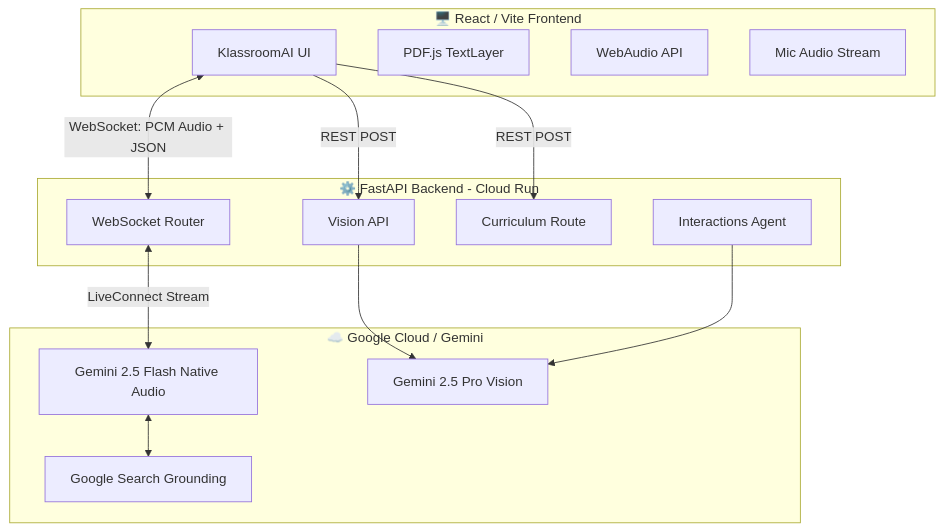
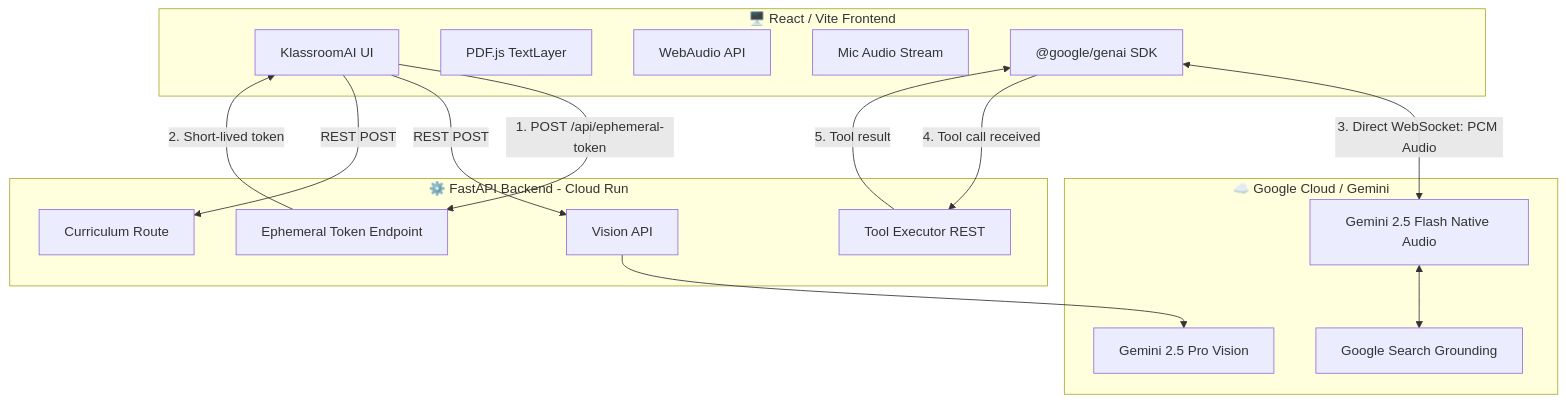
Before and after one commit to inareshmatta/klassroom-ai: the first of 2 diagrams in README.md, drawn with Mermaid. The commit also changed other lines of this file and 7 other files, not shown here.

Commit message:
feat: migrate Live API to client-to-server with ephemeral tokens

````diff
--- a/README.md
+++ b/README.md
@@ -103,30 +104,33 @@
 ```mermaid
 graph TD
     subgraph Client["🖥️ React / Vite Frontend"]
         UI["KlassroomAI UI"]
         PDF["PDF.js TextLayer"]
         WA["WebAudio API"]
         MIC["Mic Audio Stream"]
+        SDK["@google/genai SDK"]
     end
 
     subgraph Server["⚙️ FastAPI Backend - Cloud Run"]
-        WS["WebSocket Router"]
+        TOKEN["Ephemeral Token Endpoint"]
+        TOOLS["Tool Executor REST"]
         VIS["Vision API"]
         PLAN["Curriculum Route"]
-        AGT["Interactions Agent"]
     end
 
     subgraph Google["☁️ Google Cloud / Gemini"]
         LIVE["Gemini 2.5 Flash Native Audio"]
         GVIS["Gemini 2.5 Pro Vision"]
         SEARCH["Google Search Grounding"]
     end
 
-    UI <-->|"WebSocket: PCM Audio + JSON"| WS
+    UI -->|"1. POST /api/ephemeral-token"| TOKEN
+    TOKEN -->|"2. Short-lived token"| UI
+    SDK <-->|"3. Direct WebSocket: PCM Audio"| LIVE
+    SDK -->|"4. Tool call received"| TOOLS
+    TOOLS -->|"5. Tool result"| SDK
     UI -->|"REST POST"| VIS
     UI -->|"REST POST"| PLAN
-    WS <-->|"LiveConnect Stream"| LIVE
     VIS --> GVIS
-    AGT --> GVIS
     LIVE <--> SEARCH
 ```
````
